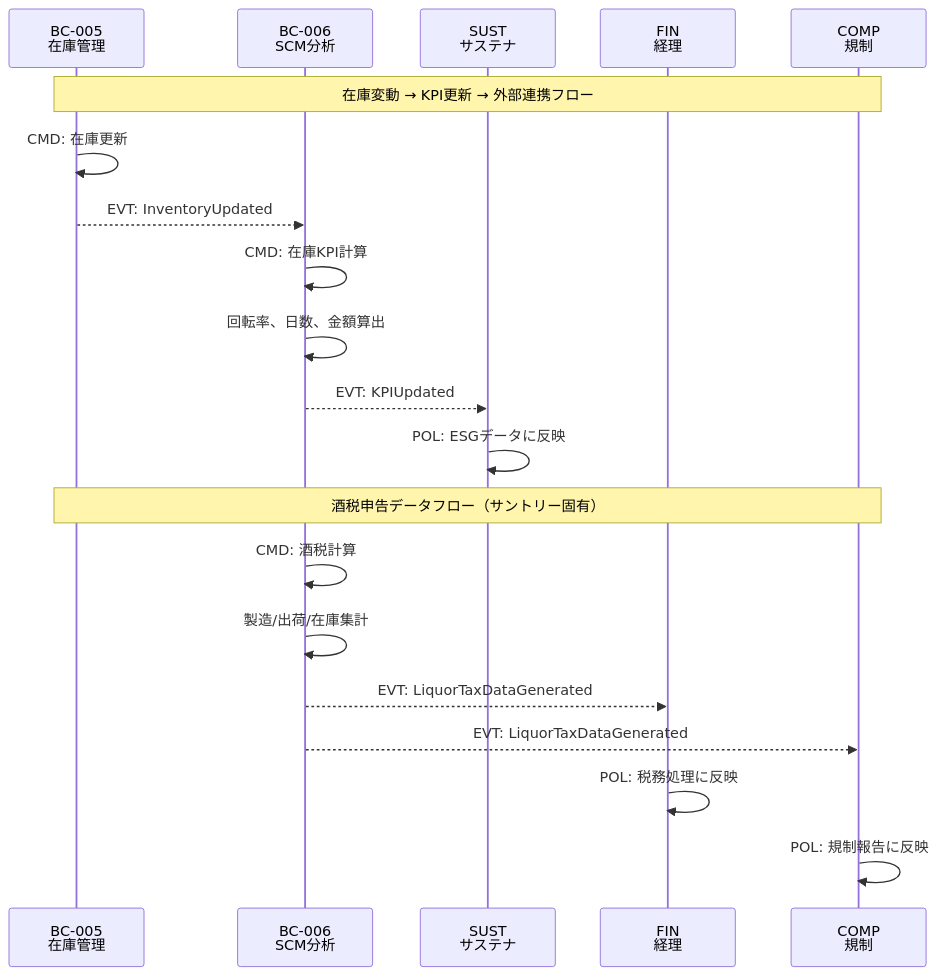
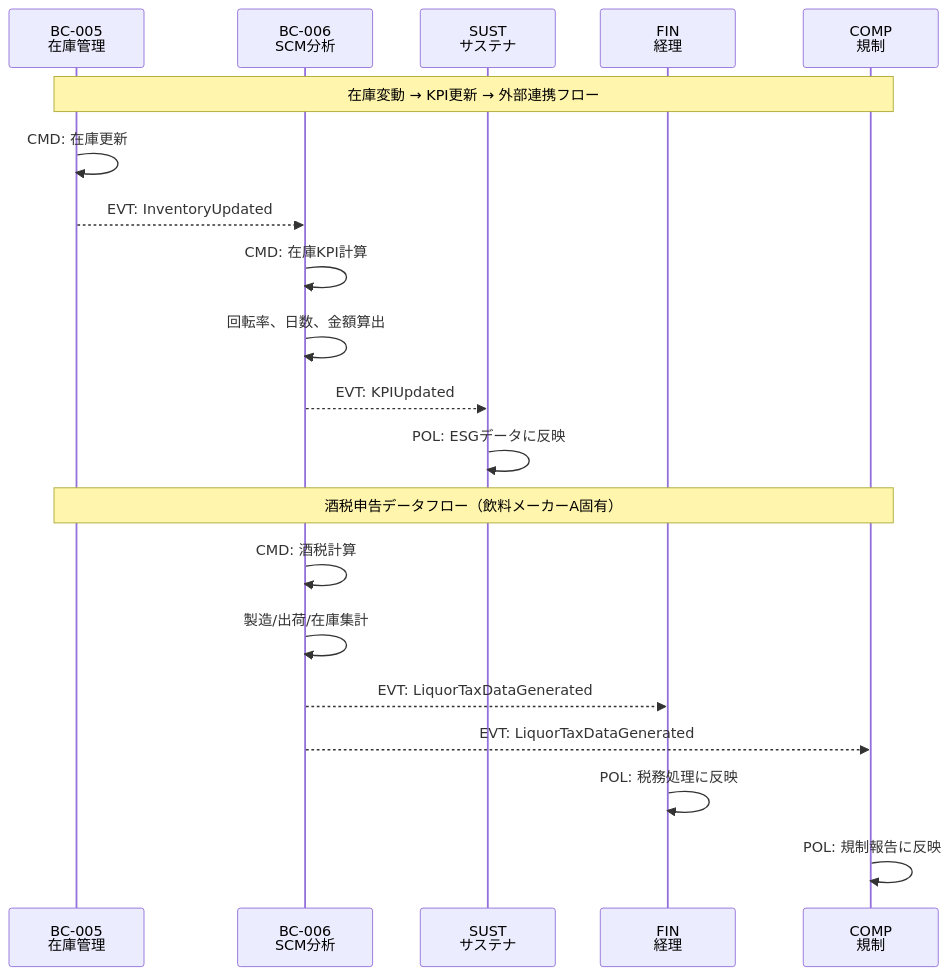
One commit to hmoriya/amplifier-experiment changed the fifth of 5 diagrams in projects/suntory/outputs/4-architecture/event-architecture.md. Above: the diagram before and after it, drawn with Mermaid. The commit also changed other lines of this file and 45 other files, not shown here.

````diff
--- a/projects/suntory/outputs/4-architecture/event-architecture.md
+++ b/projects/suntory/outputs/4-architecture/event-architecture.md
@@ -2699,29 +2699,29 @@
 ```mermaid
 sequenceDiagram
     participant INV as BC-005<br/>在庫管理
     participant ANA as BC-006<br/>SCM分析
     participant SUST as SUST<br/>サステナ
     participant FIN as FIN<br/>経理
     participant COMP as COMP<br/>規制
 
     Note over INV,COMP: 在庫変動 → KPI更新 → 外部連携フロー
 
     INV->>INV: CMD: 在庫更新
     INV-->>ANA: EVT: InventoryUpdated
 
     ANA->>ANA: CMD: 在庫KPI計算
     ANA->>ANA: 回転率、日数、金額算出
     ANA-->>SUST: EVT: KPIUpdated
 
     SUST->>SUST: POL: ESGデータに反映
 
-    Note over INV,COMP: 酒税申告データフロー（サントリー固有）
+    Note over INV,COMP: 酒税申告データフロー（飲料メーカーA固有）
 
     ANA->>ANA: CMD: 酒税計算
     ANA->>ANA: 製造/出荷/在庫集計
     ANA-->>FIN: EVT: LiquorTaxDataGenerated
     ANA-->>COMP: EVT: LiquorTaxDataGenerated
 
     FIN->>FIN: POL: 税務処理に反映
     COMP->>COMP: POL: 規制報告に反映
 ```
````
